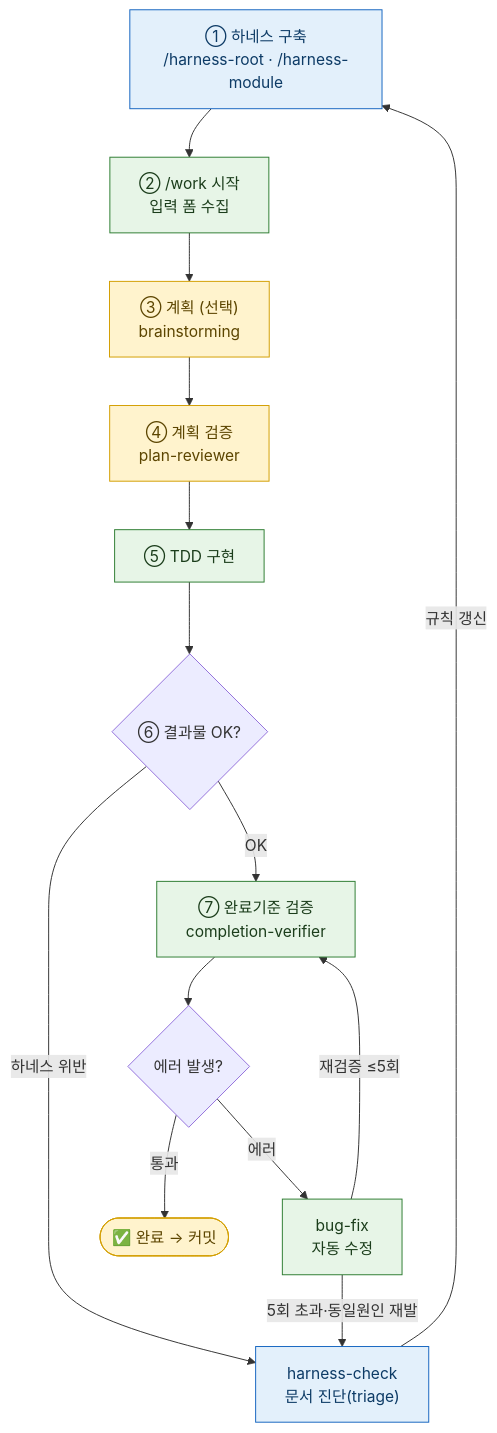
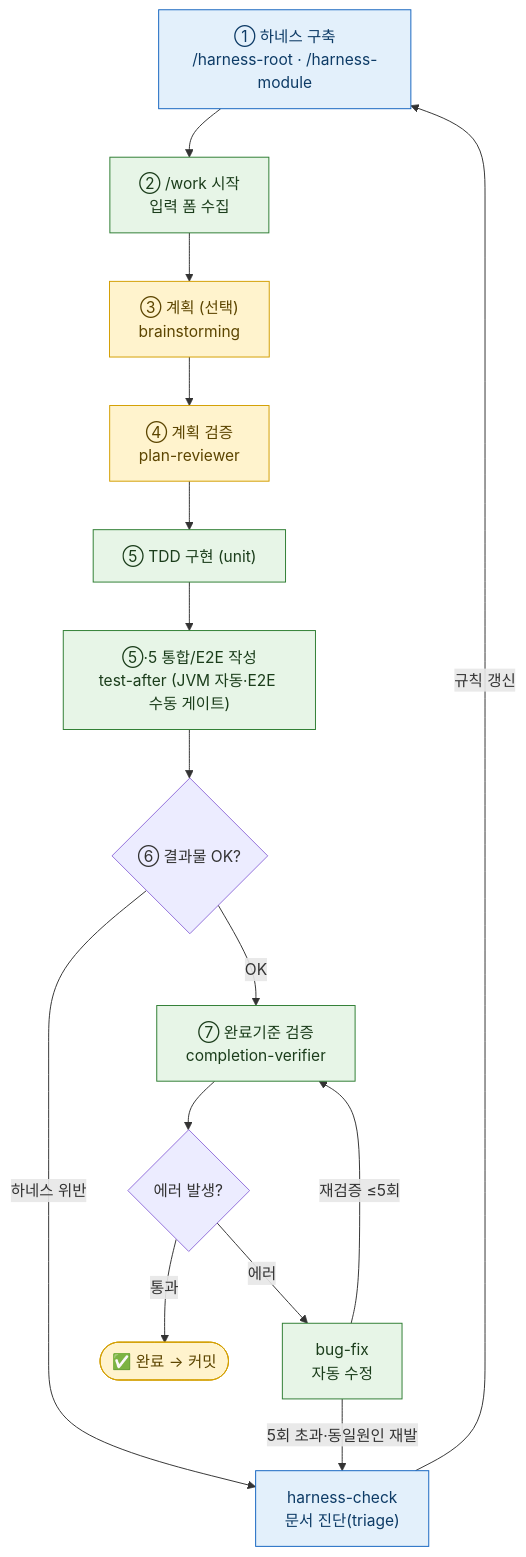
The diagram in README.md (yunjeLee/yeoboya_harness_plugin), drawn with Mermaid before and after one commit. The commit also changed other lines of this file, not shown here.

````diff
--- a/README.md
+++ b/README.md
@@ -71,23 +76,24 @@
 ```mermaid
 flowchart TD
     H["① 하네스 구축<br/>/harness-root · /harness-module"]:::harness
     H --> W["② /work 시작<br/>입력 폼 수집"]:::auto
     W --> P["③ 계획 (선택)<br/>brainstorming"]:::gate
     P --> PR["④ 계획 검증<br/>plan-reviewer"]:::gate
-    PR --> TDD["⑤ TDD 구현"]:::auto
-    TDD --> Q{"⑥ 결과물 OK?"}
+    PR --> TDD["⑤ TDD 구현 (unit)"]:::auto
+    TDD --> IT["⑤·5 통합/E2E 작성<br/>test-after (JVM 자동·E2E 수동 게이트)"]:::auto
+    IT --> Q{"⑥ 결과물 OK?"}
     Q -->|하네스 위반| HC
     Q -->|OK| CRI["⑦ 완료기준 검증<br/>completion-verifier"]:::auto
     CRI --> Q2{에러 발생?}
     Q2 -->|에러| BF["bug-fix<br/>자동 수정"]:::auto
     BF -->|재검증 ≤5회| CRI
     Q2 -->|통과| DONE([✅ 완료 → 커밋]):::gate
 
     BF -->|5회 초과·동일원인 재발| HC
     HC["harness-check<br/>문서 진단(triage)"]:::harness
     HC -->|규칙 갱신| H
 
     classDef auto fill:#e7f5e7,stroke:#2e7d32,color:#1b3d1b
     classDef gate fill:#fff3cd,stroke:#d39e00,color:#5c4500
     classDef harness fill:#e3f0fb,stroke:#1565c0,color:#0d3b66
 ```
````
